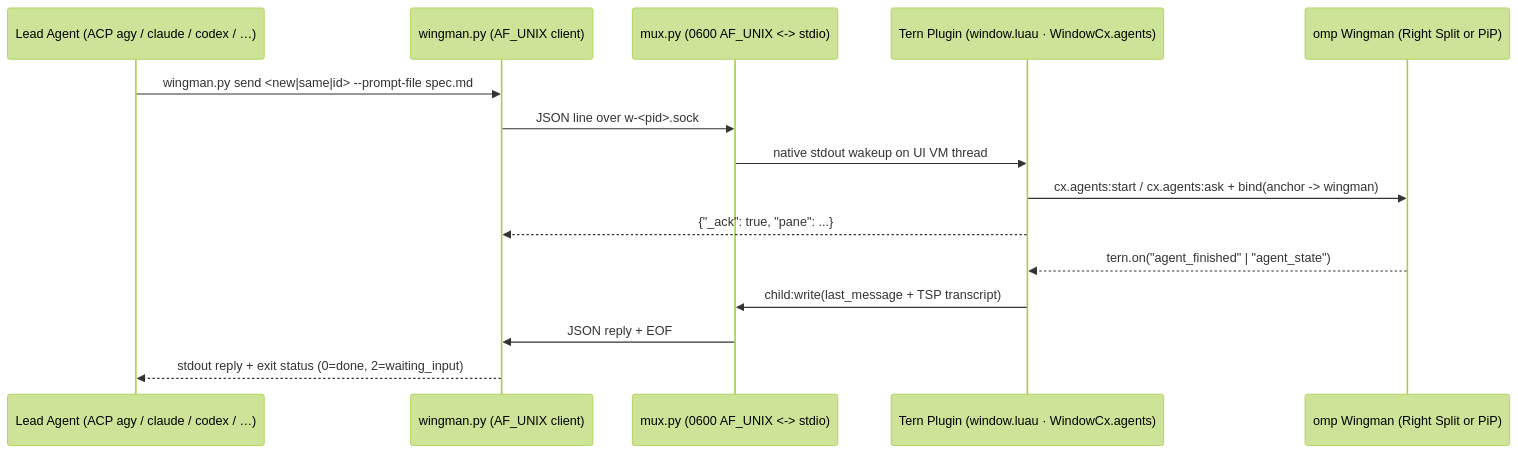
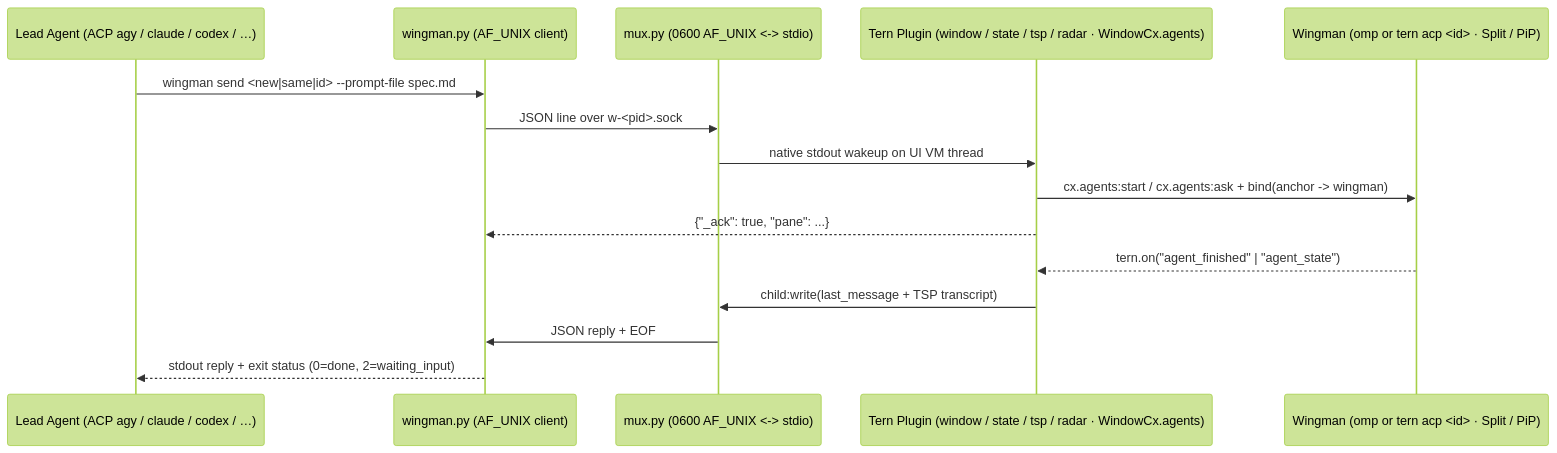
One commit to ninthcj/tern-wingman changed the diagram in README.md. Above: the diagram before and after it, drawn with Mermaid (forest theme). The commit also changed other lines of this file and 3 other files, not shown here.

Commit message:
docs: add CHANGELOG.md and sync README/internals with v0.6.0 architecture and dynamic layouts

````diff
--- a/README.md
+++ b/README.md
@@ -36,18 +36,18 @@
 ```mermaid
 sequenceDiagram
     participant L as Lead Agent (ACP agy / claude / codex / …)
     participant W as wingman.py (AF_UNIX client)
     participant M as mux.py (0600 AF_UNIX <-> stdio)
-    participant P as Tern Plugin (window.luau · WindowCx.agents)
-    participant O as omp Wingman (Right Split or PiP)
+    participant P as Tern Plugin (window / state / tsp / radar · WindowCx.agents)
+    participant O as Wingman (omp or tern acp <id> · Split / PiP)
 
-    L->>W: wingman.py send <new|same|id> --prompt-file spec.md
+    L->>W: wingman send <new|same|id> --prompt-file spec.md
     W->>M: JSON line over w-<pid>.sock
     M->>P: native stdout wakeup on UI VM thread
     P->>O: cx.agents:start / cx.agents:ask + bind(anchor -> wingman)
     P-->>W: {"_ack": true, "pane": ...}
     O-->>P: tern.on("agent_finished" | "agent_state")
     P->>M: child:write(last_message + TSP transcript)
     M->>W: JSON reply + EOF
     W-->>L: stdout reply + exit status (0=done, 2=waiting_input)
 ```
````
